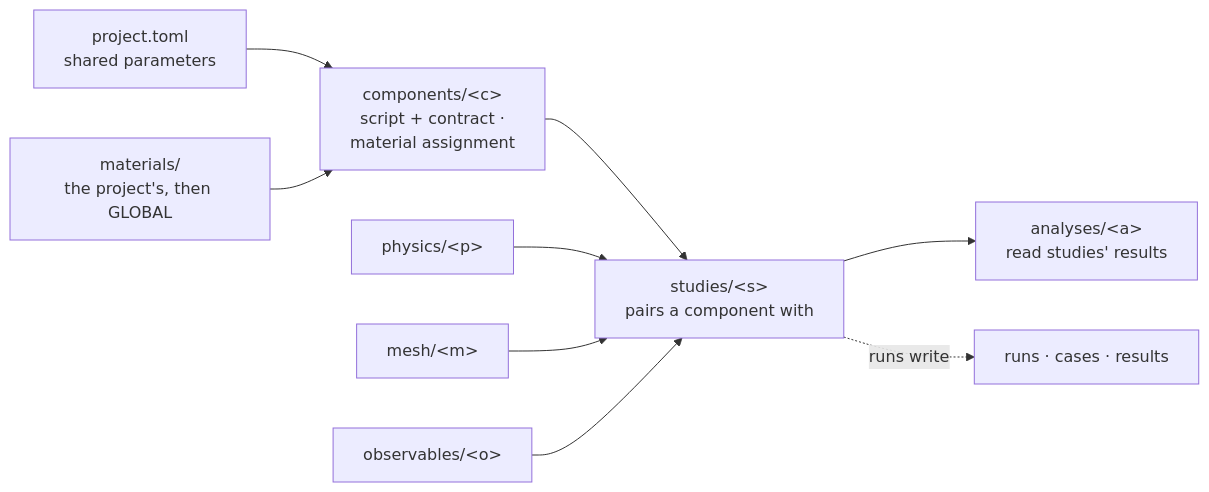
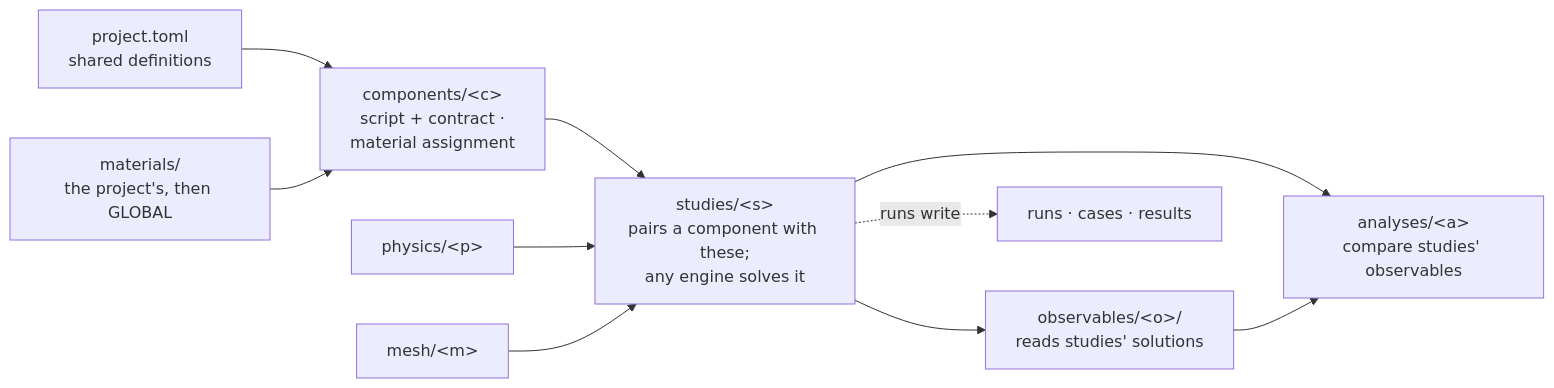
Before and after one commit to Qing-LAB/femkit: the diagram in docs/contracts/projects.md, drawn with Mermaid. The commit also changed other lines of this file and 512 other files, not shown here.

````diff
--- a/docs/contracts/projects.md
+++ b/docs/contracts/projects.md
@@ -43,11 +47,12 @@
 ```mermaid
 flowchart LR
-    P["project.toml<br/>shared parameters"] --> C["components/&lt;c&gt;<br/>script + contract ·<br/>material assignment"]
+    P["project.toml<br/>shared definitions"] --> C["components/&lt;c&gt;<br/>script + contract ·<br/>material assignment"]
     M["materials/<br/>the project's, then GLOBAL"] --> C
-    C --> S["studies/&lt;s&gt;<br/>pairs a component with"]
+    C --> S["studies/&lt;s&gt;<br/>pairs a component with these;<br/>any engine solves it"]
     PH["physics/&lt;p&gt;"] --> S
     MR["mesh/&lt;m&gt;"] --> S
-    OB["observables/&lt;o&gt;"] --> S
-    S --> A["analyses/&lt;a&gt;<br/>read studies' results"]
+    S --> OB["observables/&lt;o&gt;/<br/>reads studies' solutions"]
+    S --> A["analyses/&lt;a&gt;<br/>compare studies' observables"]
+    OB --> A
     S -.->|"runs write"| G["runs · cases · results"]
 ```
````
